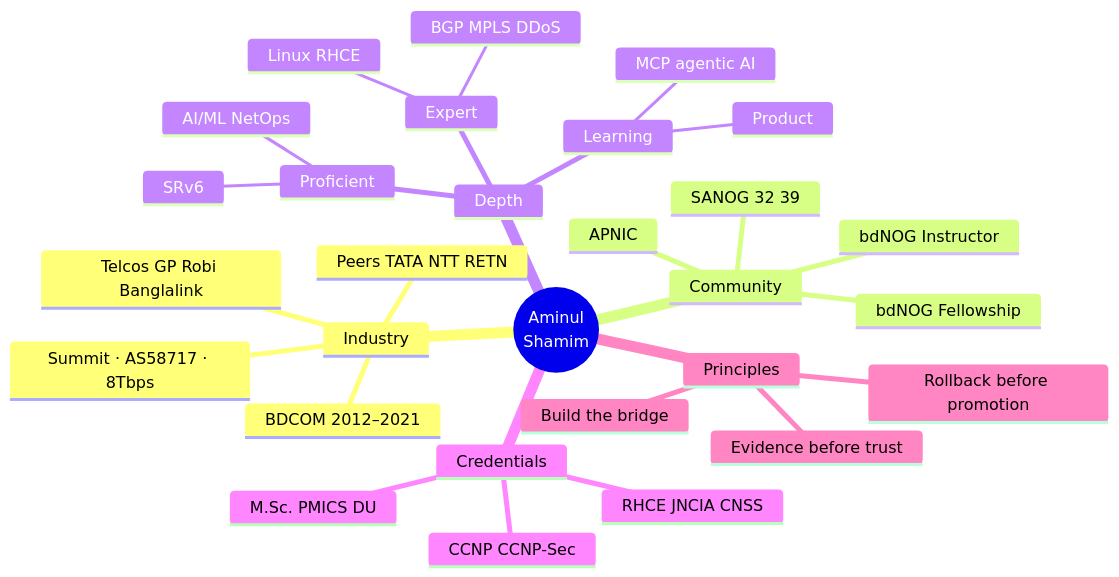
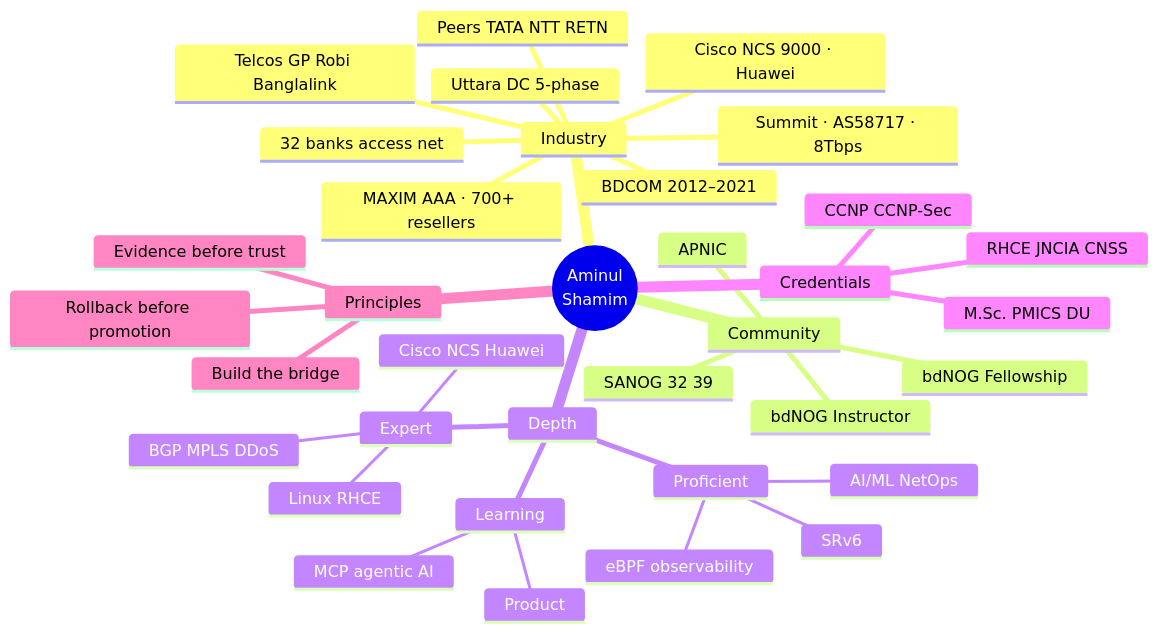
One commit to aminul-du/aminul-du changed the diagram in mindmap.mmd. Above: the diagram before and after it, drawn with Mermaid. The commit also changed 2 other files, not shown here.

Commit message:
profile: full README + mindmap
- carrier-grade / gateway work
- enterprise / ISP / hosting
- security / automation
- mindmap rendered as PNG

```diff
--- a/mindmap.mmd
+++ b/mindmap.mmd
@@ -1,30 +1,36 @@
 mindmap
   root((Aminul<br/>Shamim))
     Industry
       Summit · AS58717 · 8Tbps
+      Cisco NCS 9000 · Huawei
+      Uttara DC 5-phase
       BDCOM 2012–2021
+      MAXIM AAA · 700+ resellers
+      32 banks access net
       Peers TATA NTT RETN
       Telcos GP Robi Banglalink
     Community
       bdNOG Instructor
       bdNOG Fellowship
       SANOG 32 39
       APNIC
     Depth
       Expert
         BGP MPLS DDoS
         Linux RHCE
+        Cisco NCS Huawei
       Proficient
         SRv6
         AI/ML NetOps
+        eBPF observability
       Learning
         Product
         MCP agentic AI
     Credentials
       M.Sc. PMICS DU
       CCNP CCNP-Sec
       RHCE JNCIA CNSS
     Principles
       Evidence before trust
       Rollback before promotion
       Build the bridge
```
